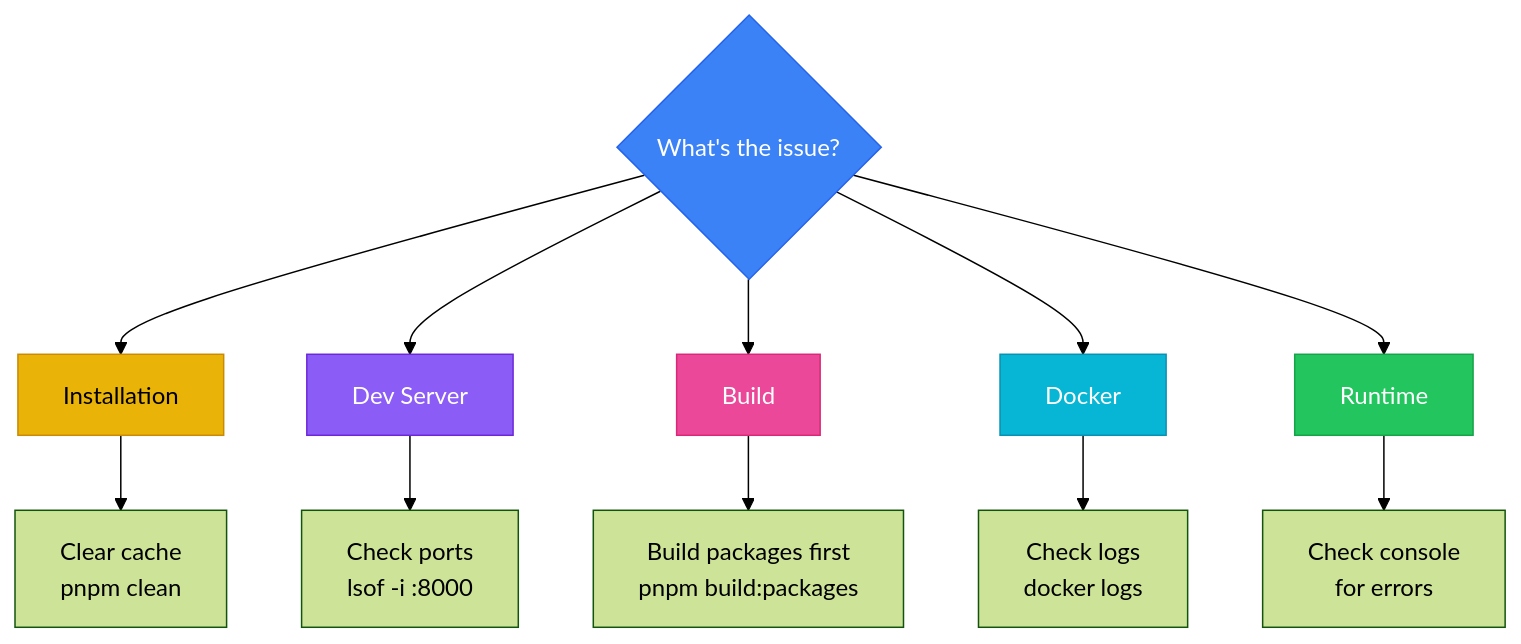
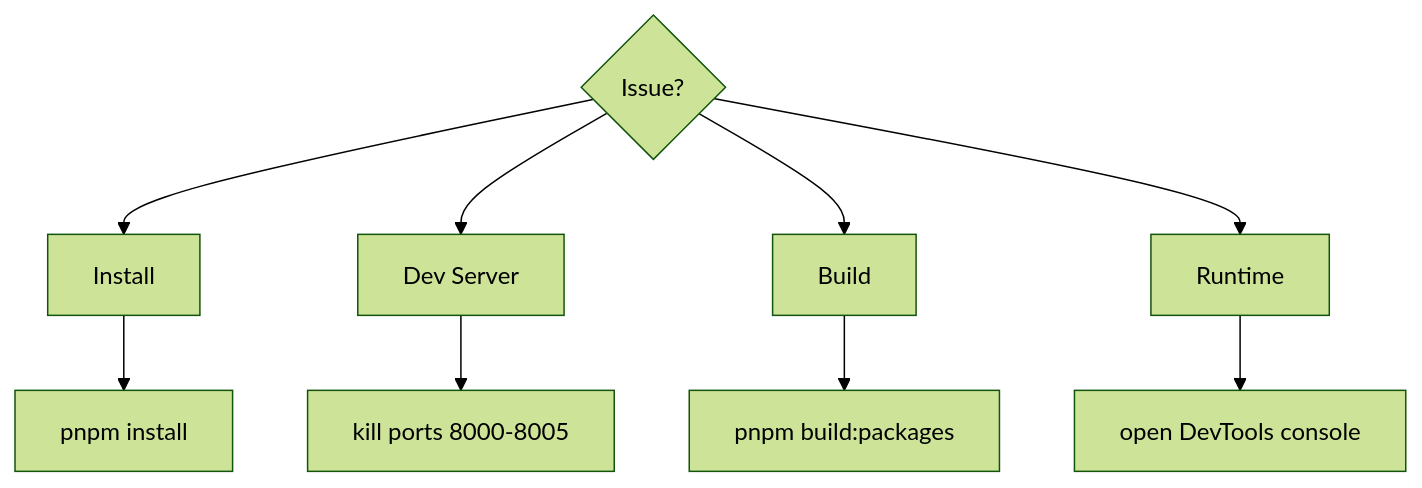
The diagram in docs/TROUBLESHOOTING.md (tian972k/micro-fontend-base), drawn with Mermaid (forest theme) before and after one commit. The commit also changed other lines of this file and 79 other files, not shown here.

````diff
--- a/docs/TROUBLESHOOTING.md
+++ b/docs/TROUBLESHOOTING.md
@@ -5,21 +5,12 @@
 ```mermaid
 flowchart TD
-    Start{What's the issue?} --> Install[Installation]
-    Start --> DevServer[Dev Server]
-    Start --> Build[Build]
-    Start --> Docker[Docker]
-    Start --> Runtime[Runtime]
+  Start{Issue?} --> Install[Install]
+  Start --> DevServer[Dev Server]
+  Start --> Build[Build]
+  Start --> Runtime[Runtime]
 
-    Install --> I1[Clear cache<br/>pnpm clean]
-    DevServer --> D1[Check ports<br/>lsof -i :8000]
-    Build --> B1[Build packages first<br/>pnpm build:packages]
-    Docker --> Dk1[Check logs<br/>docker logs]
-    Runtime --> R1[Check console<br/>for errors]
-
-    style Start fill:#3b82f6,stroke:#2563eb,color:#fff
-    style Install fill:#eab308,stroke:#ca8a04,color:#000
-    style DevServer fill:#8b5cf6,stroke:#6d28d9,color:#fff
-    style Build fill:#ec4899,stroke:#db2777,color:#fff
-    style Docker fill:#06b6d4,stroke:#0891b2,color:#fff
-    style Runtime fill:#22c55e,stroke:#16a34a,color:#fff
+  Install --> I1[pnpm install]
+  DevServer --> D1[kill ports 8000-8005]
+  Build --> B1[pnpm build:packages]
+  Runtime --> R1[open DevTools console]
 ```
````
